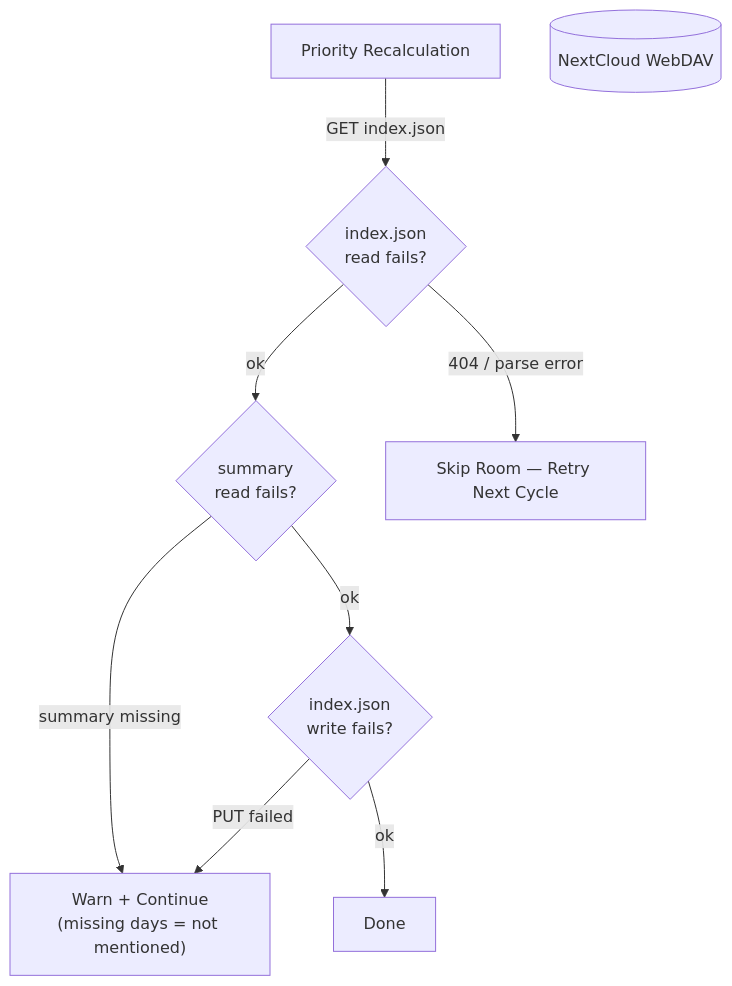
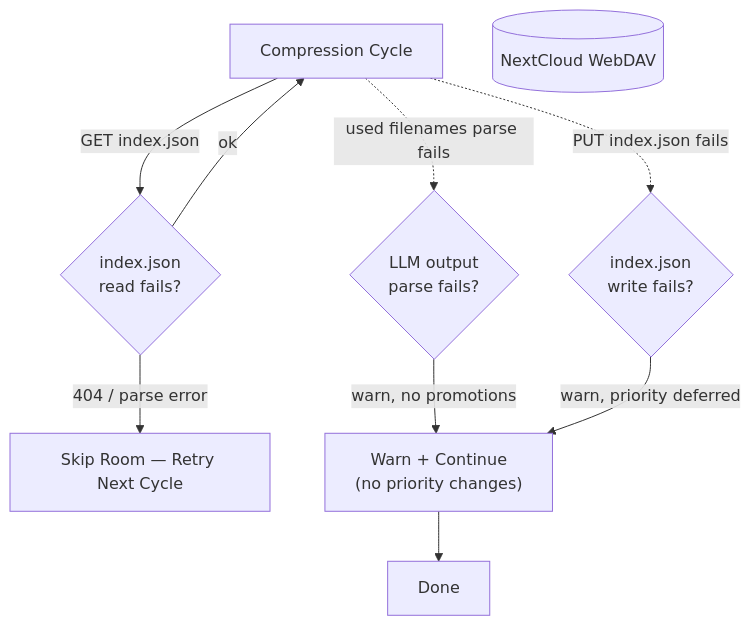
Before and after one commit to cosmoswafer/rockbot: the fifth of 5 diagrams in _dfds/base/knowledge-priority.md, drawn with Mermaid. The commit also changed other lines of this file and 5 other files, not shown here.

First line of the commit message:
Revise DFDs: replace daily summaries with single summary.md compression

````diff
--- a/_dfds/base/knowledge-priority.md
+++ b/_dfds/base/knowledge-priority.md
@@ -263,19 +234,20 @@
 ```mermaid
 flowchart TD
-    RECALC[Priority Recalculation]
+    COMPRESS[Compression Cycle]
     DAV[(NextCloud WebDAV)]
     ERR_IDX{index.json<br/>read fails?}
-    ERR_SUMS{summary<br/>read fails?}
+    ERR_LLM{LLM output<br/>parse fails?}
     ERR_WRITE{index.json<br/>write fails?}
     SKIP[Skip Room — Retry Next Cycle]
-    WARN["Warn + Continue<br/>(missing days = not mentioned)"]
+    WARN["Warn + Continue<br/>(no priority changes)"]
     DONE[Done]
 
-    RECALC -->|"GET index.json"| ERR_IDX
+    COMPRESS -->|"GET index.json"| ERR_IDX
     ERR_IDX -->|"404 / parse error"| SKIP
-    ERR_IDX -->|"ok"| ERR_SUMS
-    ERR_SUMS -->|"summary missing"| WARN
-    ERR_SUMS -->|"ok"| ERR_WRITE
-    ERR_WRITE -->|"PUT failed"| WARN
-    ERR_WRITE -->|"ok"| DONE
+    ERR_IDX -->|"ok"| COMPRESS
+    COMPRESS -.->|"used filenames parse fails"| ERR_LLM
+    ERR_LLM -->|"warn, no promotions"| WARN
+    WARN --> DONE
+    COMPRESS -.->|"PUT index.json fails"| ERR_WRITE
+    ERR_WRITE -->|"warn, priority deferred"| WARN
 ```
````
